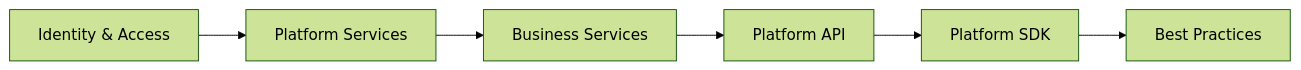
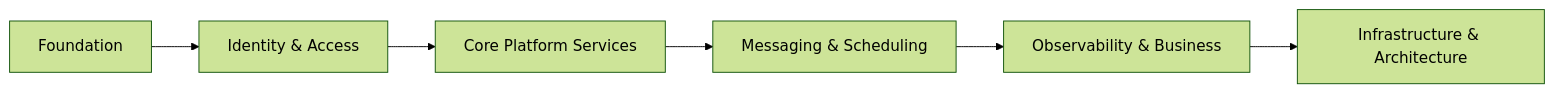
Before and after one commit to Buicongbang04/Social_OS: the second of 3 diagrams in docs/platform/INDEX.md, drawn with Mermaid (forest theme). The commit also changed other lines of this file and 55 other files, not shown here.

````diff
--- a/docs/platform/INDEX.md
+++ b/docs/platform/INDEX.md
@@ -140,8 +152,8 @@
 ```mermaid
 flowchart LR
-    C[Identity & Access] --> D[Platform Services]
-    D --> E[Business Services]
-    E --> F[Platform API]
-    F --> G[Platform SDK]
-    G --> H[Best Practices]
+    A[Foundation] --> C[Identity & Access]
+    C --> D[Core Platform Services]
+    D --> E[Messaging & Scheduling]
+    E --> F[Observability & Business]
+    F --> G[Infrastructure & Architecture]
 ```
````
